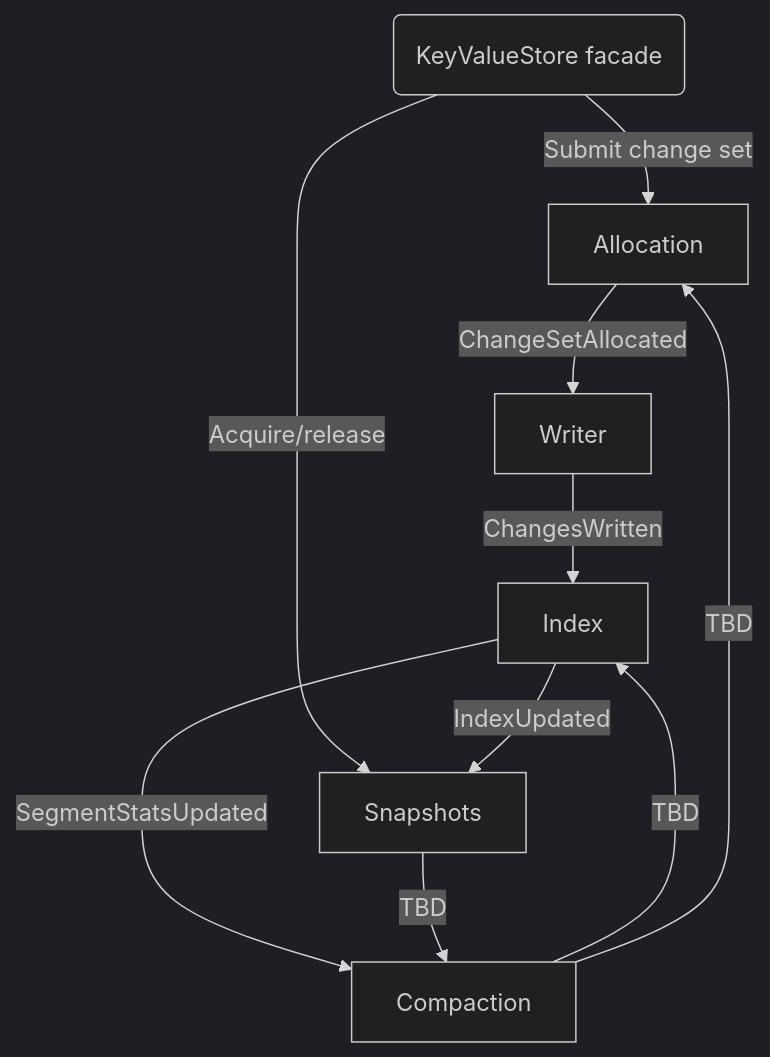
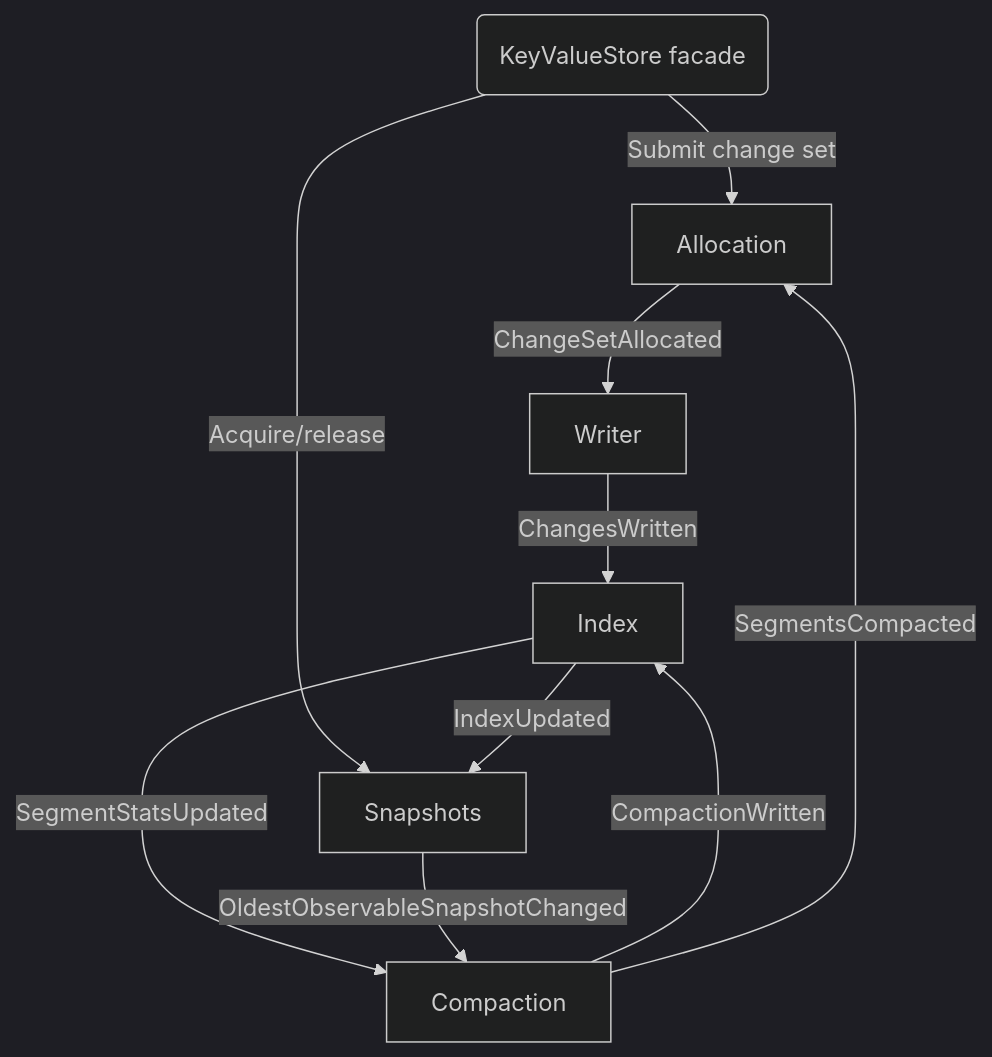
One commit to ig2r/fugu changed the diagram in README.md. Above: the diagram before and after it, drawn with Mermaid (dark theme). The commit also changed 22 other files, not shown here.

First line of the commit message:
Implement compaction to free up unused space in segments (#14)

````diff
--- a/README.md
+++ b/README.md
@@ -67,15 +67,15 @@
 ```mermaid
 graph TD;
     KeyValueStore(KeyValueStore facade);
     KeyValueStore -- Submit change set --> Allocation;
     KeyValueStore -- Acquire/release --> Snapshots;
 
     Allocation -- ChangeSetAllocated --> Writer;
     Writer -- ChangesWritten --> Index;
     Index -- IndexUpdated --> Snapshots;
 
     Index -- SegmentStatsUpdated --> Compaction;
-    Snapshots -- TBD --> Compaction;
-    Compaction -- TBD --> Index;
-    Compaction -- TBD --> Allocation;
+    Snapshots -- OldestObservableSnapshotChanged --> Compaction;
+    Compaction -- CompactionWritten --> Index;
+    Compaction -- SegmentsCompacted --> Allocation;
 ```
````
